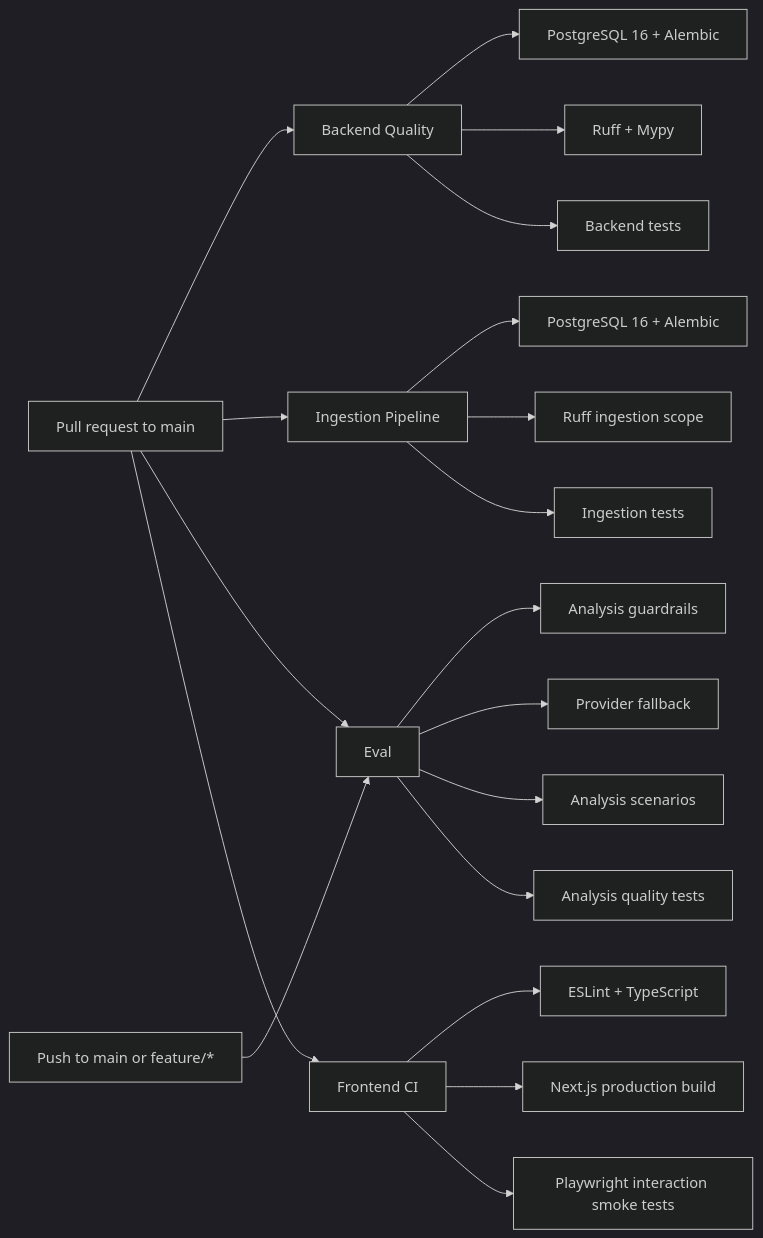
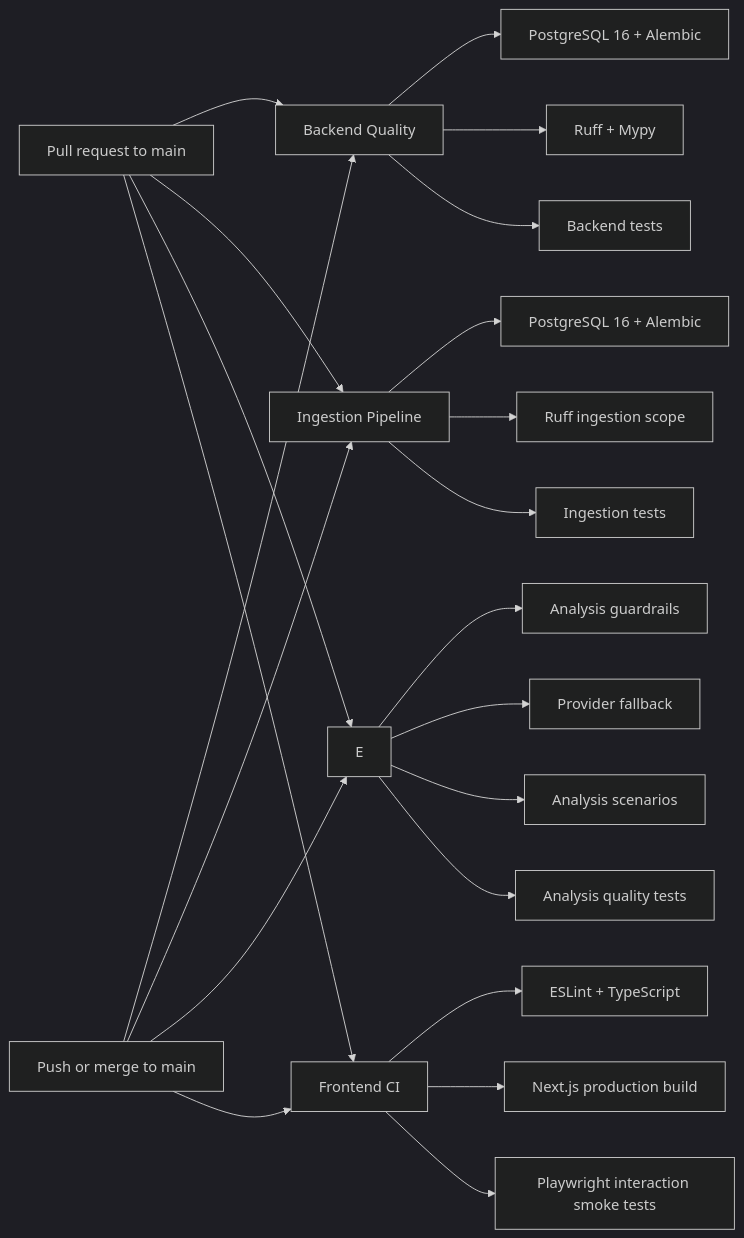
Before and after one commit to kuokdavinci/ReconciliationIngestionPlatform: the diagram in docs/CI-MAP.md, drawn with Mermaid (dark theme). The commit also changed other lines of this file and 79 other files, not shown here.

````diff
--- a/docs/CI-MAP.md
+++ b/docs/CI-MAP.md
@@ -7,25 +7,28 @@
 ```mermaid
 flowchart LR
     PR[Pull request to main] --> B[Backend Quality]
     PR --> I[Ingestion Pipeline]
-    PUSH[Push to main or feature/*] --> E[Eval]
+    PUSH[Push or merge to main] --> B
+    PUSH --> I
+    PUSH --> E
+    PUSH --> F
     PR --> E
 
     B --> B1[PostgreSQL 16 + Alembic]
     B --> B2[Ruff + Mypy]
     B --> B3[Backend tests]
 
     I --> I1[PostgreSQL 16 + Alembic]
     I --> I2[Ruff ingestion scope]
     I --> I3[Ingestion tests]
 
     E --> E1[Analysis guardrails]
     E --> E2[Provider fallback]
     E --> E3[Analysis scenarios]
     E --> E4[Analysis quality tests]
 
     PR --> F[Frontend CI]
     F --> F1[ESLint + TypeScript]
     F --> F2[Next.js production build]
     F --> F3[Playwright interaction smoke tests]
 ```
````
